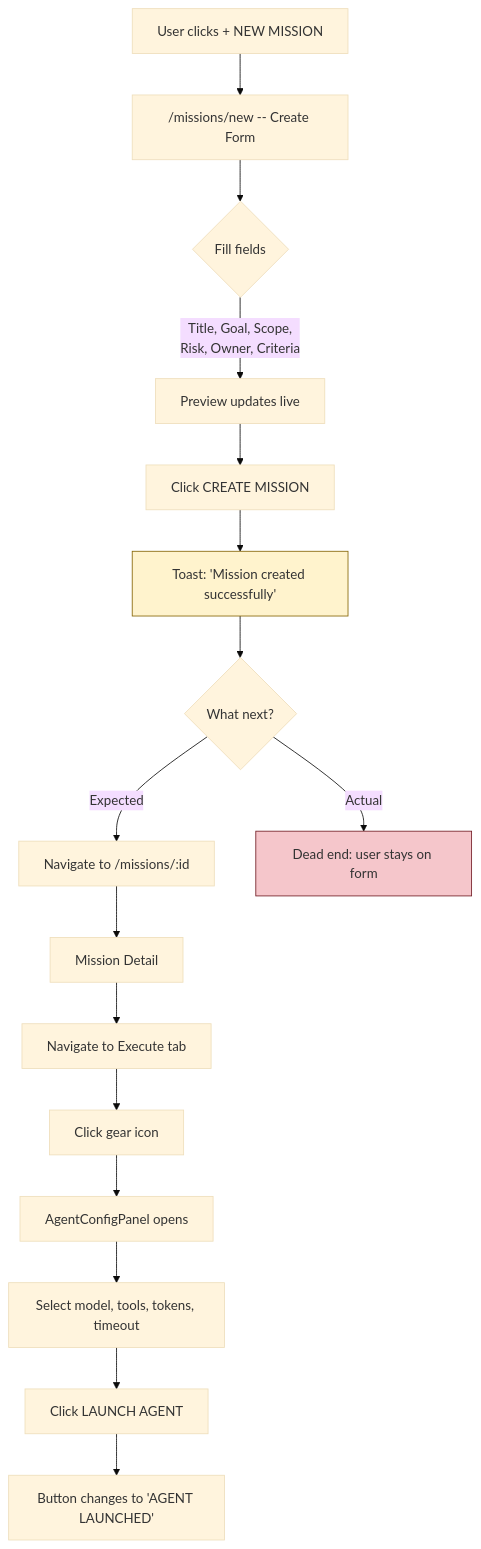
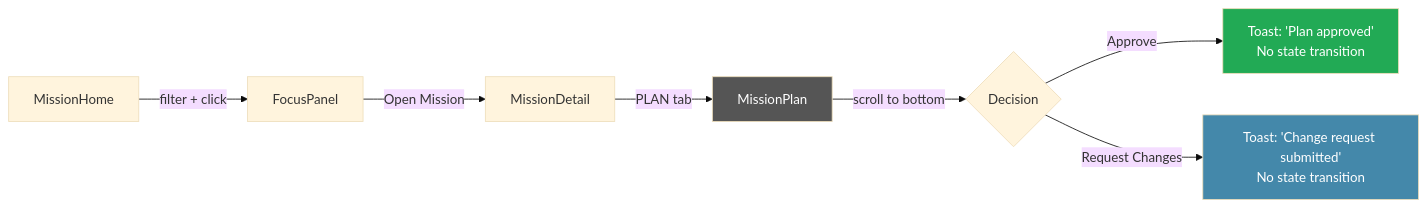
Before and after one commit to 45ck/mission-control-ui: the third of 7 diagrams in docs/hci/user-journeys.md, drawn with Mermaid (base theme). The commit also changed other lines of this file and 51 other files, not shown here.

````diff
--- a/docs/hci/user-journeys.md
+++ b/docs/hci/user-journeys.md
@@ -128,21 +225,13 @@
 ```mermaid
-flowchart TD
-    A[User clicks + NEW MISSION] --> B["/missions/new" -- Create Form]
-    B --> C{Fill fields}
-    C -->|Title, Goal, Scope,<br>Risk, Owner, Criteria| D[Preview updates live]
-    D --> E[Click CREATE MISSION]
-    E --> F[Toast: 'Mission created successfully']
-    F --> G{What next?}
-    G -->|Expected| H["Navigate to /missions/:id"]
-    G -->|Actual| I[Dead end: user stays on form]
-    H --> J[Mission Detail]
-    J --> K["Navigate to Execute tab"]
-    K --> L["Click gear icon"]
-    L --> M[AgentConfigPanel opens]
-    M --> N[Select model, tools, tokens, timeout]
-    N --> O[Click LAUNCH AGENT]
-    O --> P[Button changes to 'AGENT LAUNCHED']
+flowchart LR
+    A[MissionHome] -->|"filter + click"| B[FocusPanel]
+    B -->|"Open Mission"| C[MissionDetail]
+    C -->|"PLAN tab"| D[MissionPlan]
+    D -->|"scroll to bottom"| E{Decision}
+    E -->|"Approve"| F["Toast: 'Plan approved'<br>No state transition"]
+    E -->|"Request Changes"| G["Toast: 'Change request submitted'<br>No state transition"]
 
-    style I fill:#f5c6cb,stroke:#721c24
-    style F fill:#fff3cd,stroke:#856404
+    style D fill:#555,color:#fff
+    style F fill:#2a5,color:#fff
+    style G fill:#48a,color:#fff
 ```
````
